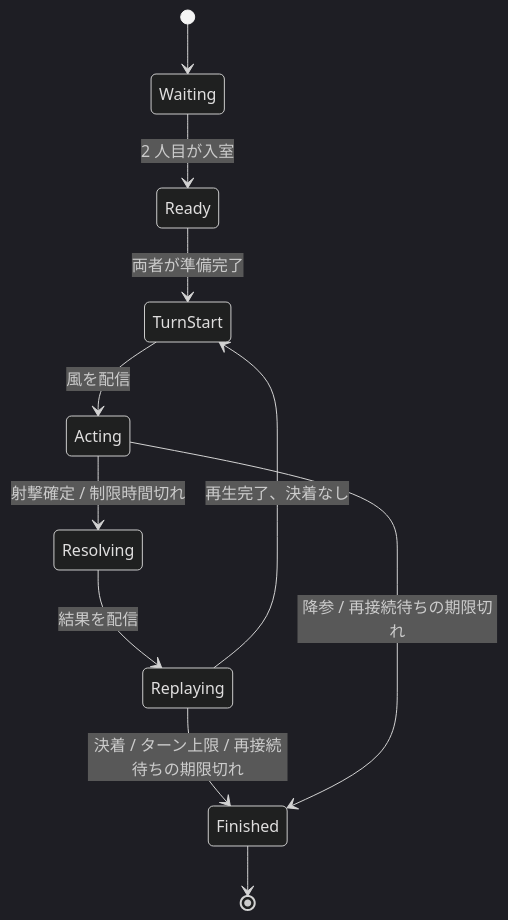
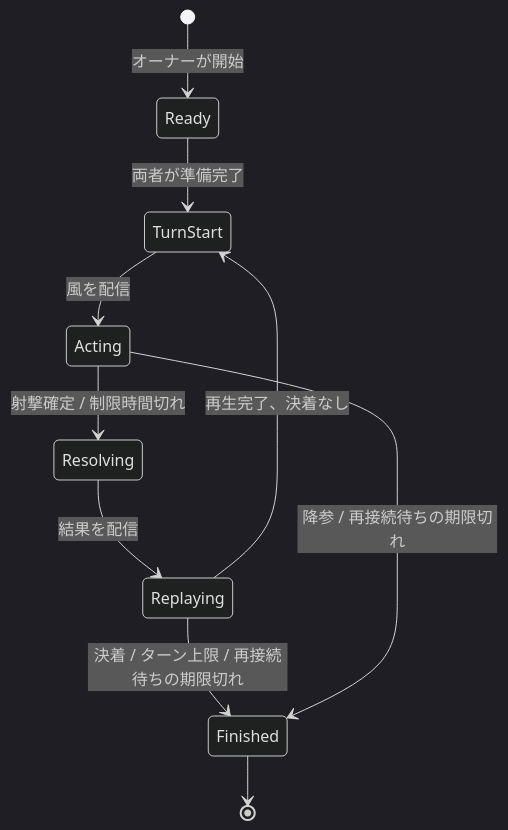
The diagram in docs/design/04-turn-state-machine.md (oathkite/game), drawn with Mermaid (dark theme) before and after one commit. The commit also changed other lines of this file and 7 other files, not shown here.

````diff
--- a/docs/design/04-turn-state-machine.md
+++ b/docs/design/04-turn-state-machine.md
@@ -9,13 +10,12 @@
 ```mermaid
 stateDiagram-v2
-    [*] --> Waiting
-    Waiting --> Ready: 2 人目が入室
+    [*] --> Ready: オーナーが開始
     Ready --> TurnStart: 両者が準備完了
     TurnStart --> Acting: 風を配信
     Acting --> Resolving: 射撃確定 / 制限時間切れ
     Resolving --> Replaying: 結果を配信
     Replaying --> TurnStart: 再生完了、決着なし
     Replaying --> Finished: 決着 / ターン上限 / 再接続待ちの期限切れ
     Acting --> Finished: 降参 / 再接続待ちの期限切れ
     Finished --> [*]
 ```
````
